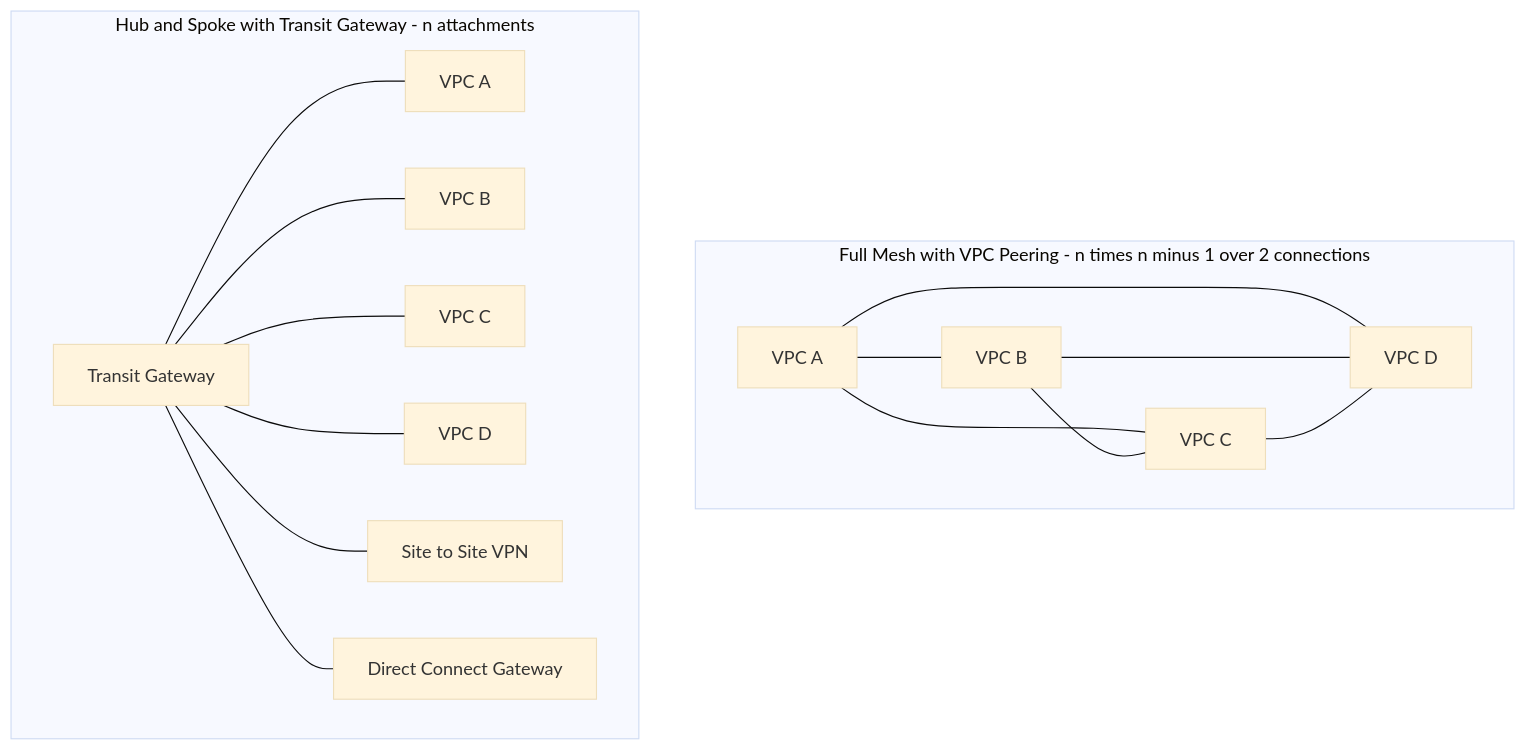
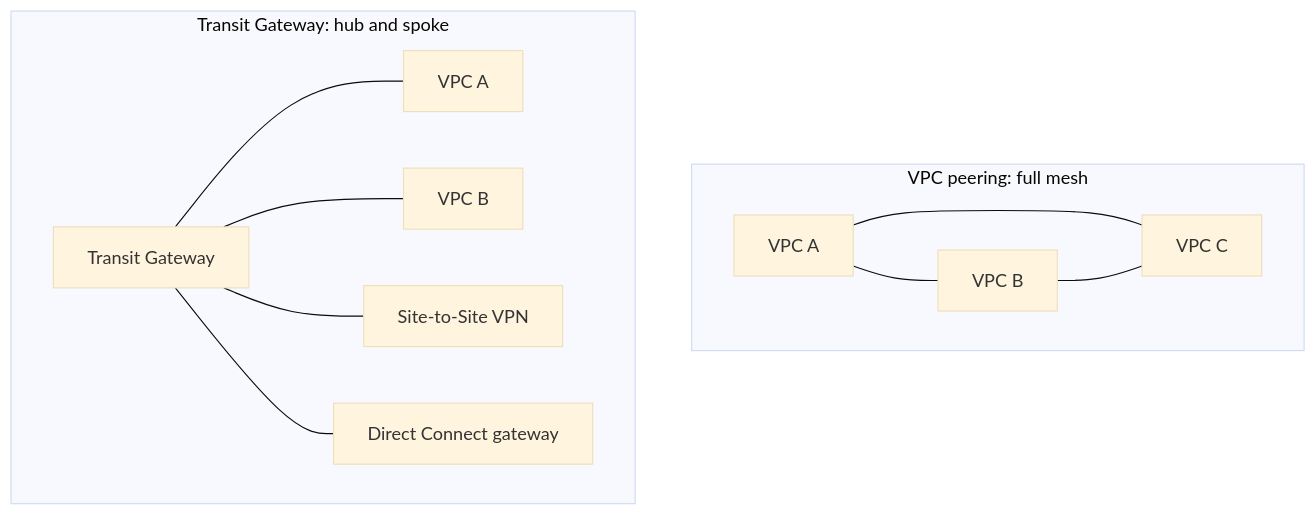
The second of 2 diagrams in docs/unit1/topic6.md (norbutlepcha25/dso303), drawn with Mermaid (base theme) before and after one commit. The commit also changed other lines of this file and 164 other files, not shown here.

````diff
--- a/docs/unit1/topic6.md
+++ b/docs/unit1/topic6.md
@@ -257,20 +209,15 @@
 ```mermaid
 graph TD
-    subgraph mesh["Full Mesh with VPC Peering - n times n minus 1 over 2 connections"]
+    subgraph mesh["VPC peering: full mesh"]
         A1["VPC A"] --- B1["VPC B"]
         A1 --- C1["VPC C"]
-        A1 --- D1["VPC D"]
         B1 --- C1
-        B1 --- D1
-        C1 --- D1
     end
-    subgraph hub["Hub and Spoke with Transit Gateway - n attachments"]
+    subgraph hub["Transit Gateway: hub and spoke"]
         TGW["Transit Gateway"]
         TGW --- A2["VPC A"]
         TGW --- B2["VPC B"]
-        TGW --- C2["VPC C"]
-        TGW --- D2["VPC D"]
-        TGW --- VPN["Site to Site VPN"]
-        TGW --- DX["Direct Connect Gateway"]
+        TGW --- VPN["Site-to-Site VPN"]
+        TGW --- DX["Direct Connect gateway"]
     end
 ```
````
